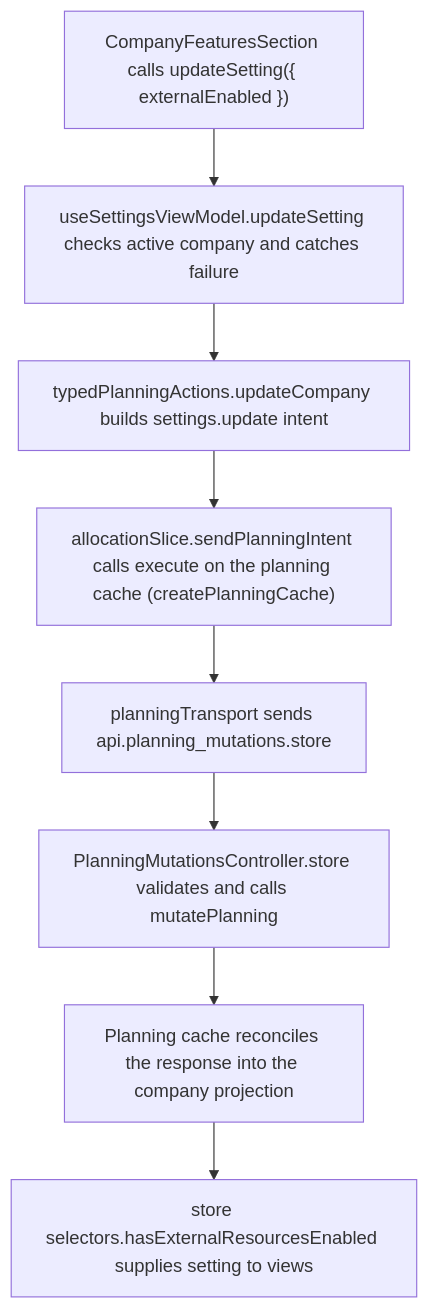
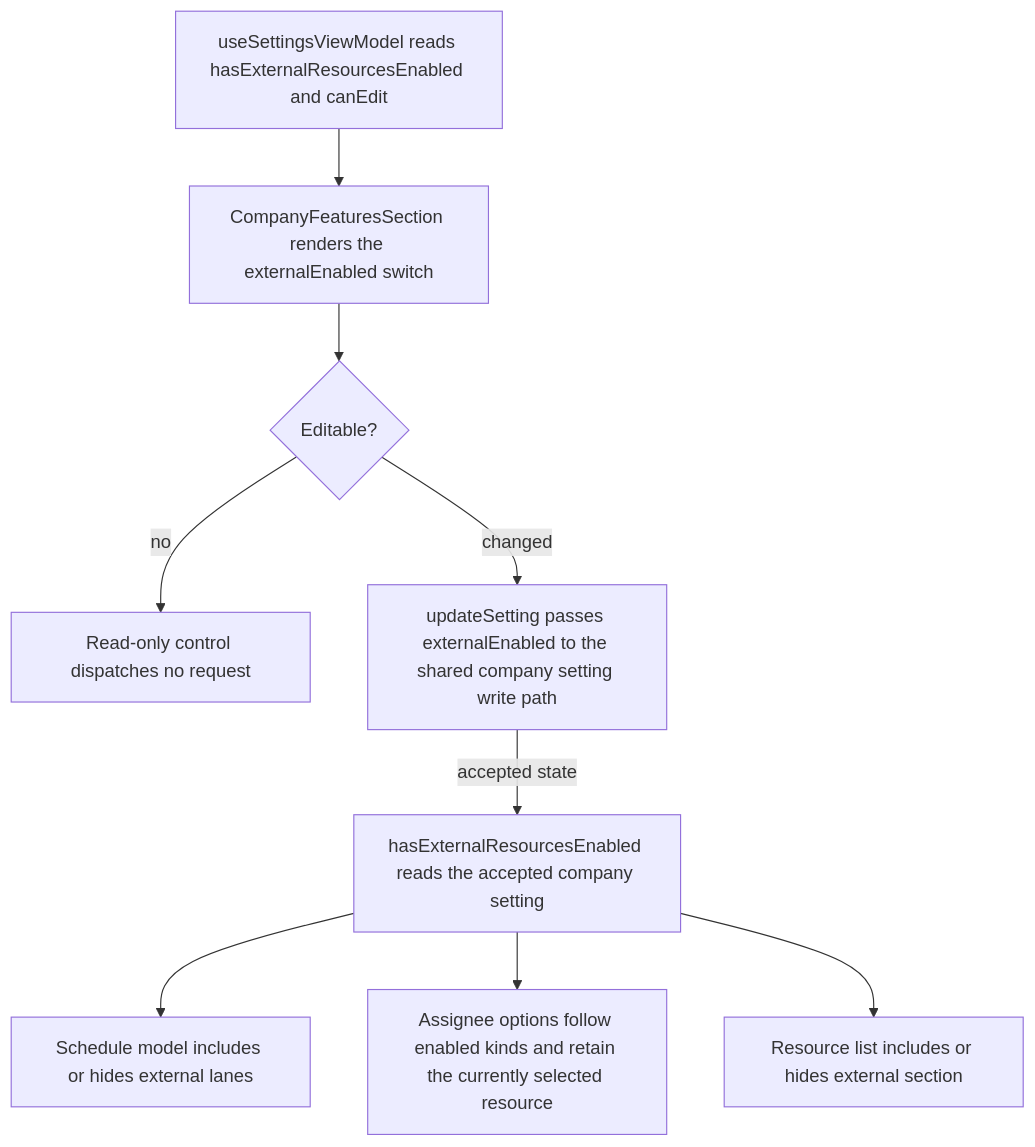
Before and after one commit to Kevinjohn/capacitylens: the second of 2 diagrams in user-stories/settings/US-SET-07-show-external.md, drawn with Mermaid. The commit also changed other lines of this file and 172 other files, not shown here.

Commit message:
docs: reconcile user story code flows with source

````diff
--- a/user-stories/settings/US-SET-07-show-external.md
+++ b/user-stories/settings/US-SET-07-show-external.md
@@ -29,10 +31,11 @@
 ```mermaid
 flowchart TD
-  control["CompanyFeaturesSection calls updateSetting({ externalEnabled })"] --> view["useSettingsViewModel.updateSetting checks active company and catches failure"]
-  view --> action["typedPlanningActions.updateCompany builds settings.update intent"]
-  action --> execute["allocationSlice.sendPlanningIntent calls execute on the planning cache (createPlanningCache)"]
-  execute --> transport["planningTransport sends api.planning_mutations.store"]
-  transport --> route["PlanningMutationsController.store validates and calls mutatePlanning"]
-  route --> reply["Planning cache reconciles the response into the company projection"]
-  reply --> read["store selectors.hasExternalResourcesEnabled supplies setting to views"]
+  flags["useSettingsViewModel reads hasExternalResourcesEnabled and canEdit"] --> switch["CompanyFeaturesSection renders the externalEnabled switch"]
+  switch --> access{"Editable?"}
+  access -->|no| disabled["Read-only control dispatches no request"]
+  access -->|changed| command["updateSetting passes externalEnabled to the shared company setting write path"]
+  command -->|accepted state| saved["hasExternalResourcesEnabled reads the accepted company setting"]
+  saved --> grid["Schedule model includes or hides external lanes"]
+  saved --> assignees["Assignee options follow enabled kinds and retain the currently selected resource"]
+  saved --> resources["Resource list includes or hides external section"]
 ```
````
